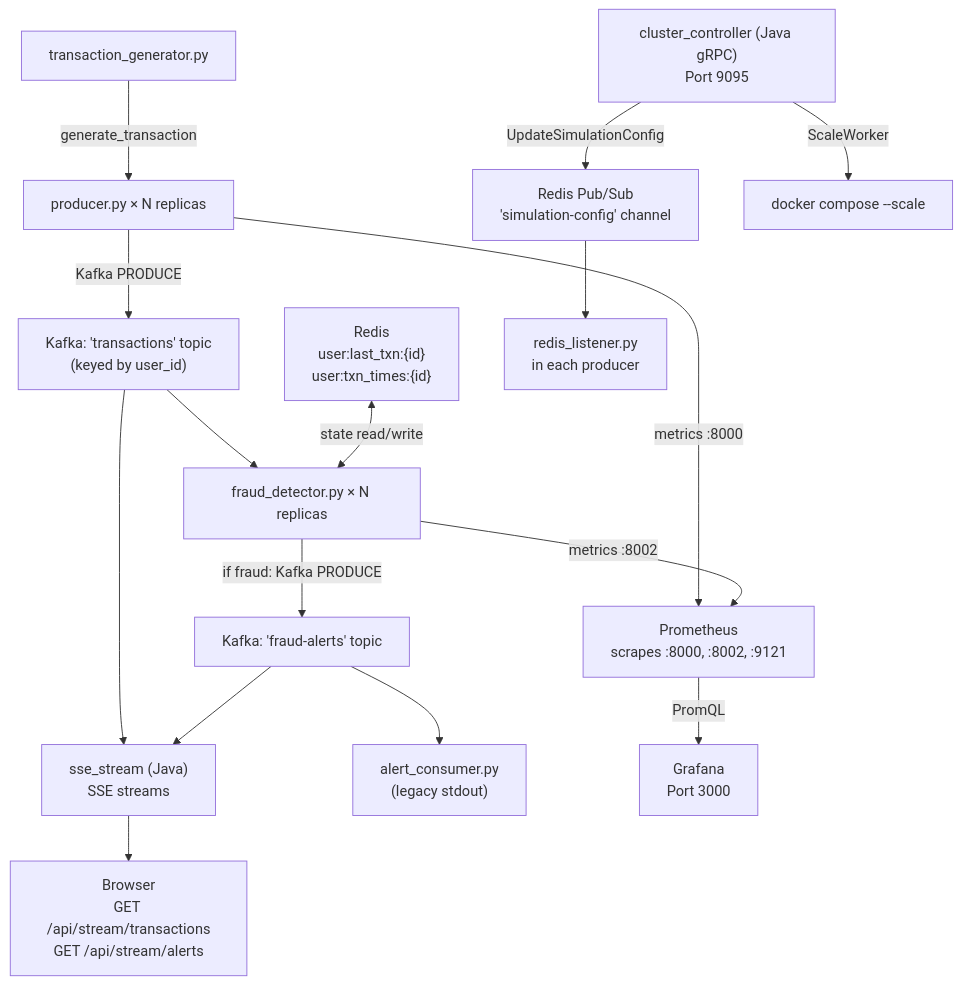
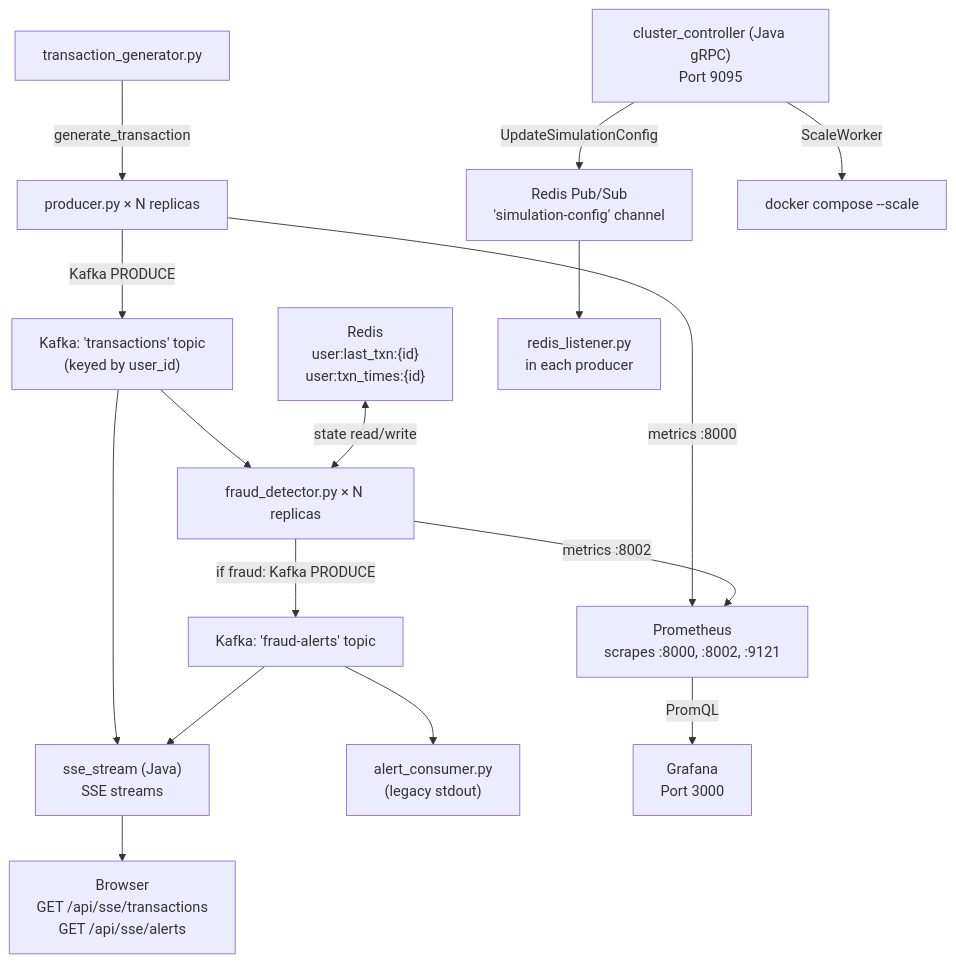
One commit to Mathew270/Fraud-Detection changed the diagram in documentation/README.md. Above: the diagram before and after it, drawn with Mermaid. The commit also changed 45 other files, not shown here.

Commit message:
Update documentation to reflect sse_stream and /api/sse endpoints

````diff
--- a/documentation/README.md
+++ b/documentation/README.md
@@ -24,36 +24,36 @@
 ```mermaid
 flowchart TD
     TxGen[transaction_generator.py]
     Producer["producer.py × N replicas"]
     KafkaTx["Kafka: 'transactions' topic\n(keyed by user_id)"]
     FraudDet["fraud_detector.py × N replicas"]
     Redis["Redis\nuser:last_txn:{id}\nuser:txn_times:{id}"]
     KafkaAlerts["Kafka: 'fraud-alerts' topic"]
     DashAPI["sse_stream (Java)\nSSE streams"]
     AlertConsumer["alert_consumer.py\n(legacy stdout)"]
-    Browser["Browser\nGET /api/stream/transactions\nGET /api/stream/alerts"]
+    Browser["Browser\nGET /api/sse/transactions\nGET /api/sse/alerts"]
     ClusterCtrl["cluster_controller (Java gRPC)\nPort 9095"]
     RedisPubSub["Redis Pub/Sub\n'simulation-config' channel"]
     RedisListener["redis_listener.py\nin each producer"]
     DockerCompose["docker compose --scale"]
     Prometheus["Prometheus\nscrapes :8000, :8002, :9121"]
     Grafana["Grafana\nPort 3000"]
 
     TxGen -->|generate_transaction| Producer
     Producer -->|Kafka PRODUCE| KafkaTx
     KafkaTx --> FraudDet
     KafkaTx --> DashAPI
     Redis <-->|state read/write| FraudDet
     FraudDet -->|if fraud: Kafka PRODUCE| KafkaAlerts
     KafkaAlerts --> DashAPI
     KafkaAlerts --> AlertConsumer
     DashAPI --> Browser
 
     ClusterCtrl -->|UpdateSimulationConfig| RedisPubSub
     ClusterCtrl -->|ScaleWorker| DockerCompose
     RedisPubSub --> RedisListener
 
     Prometheus -->|PromQL| Grafana
     Producer -->|metrics :8000| Prometheus
     FraudDet -->|metrics :8002| Prometheus
 ```
````
